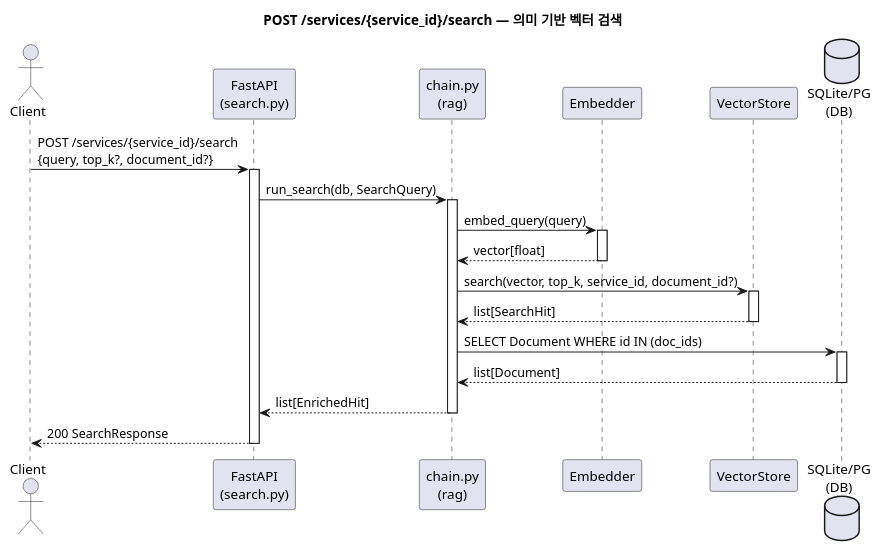
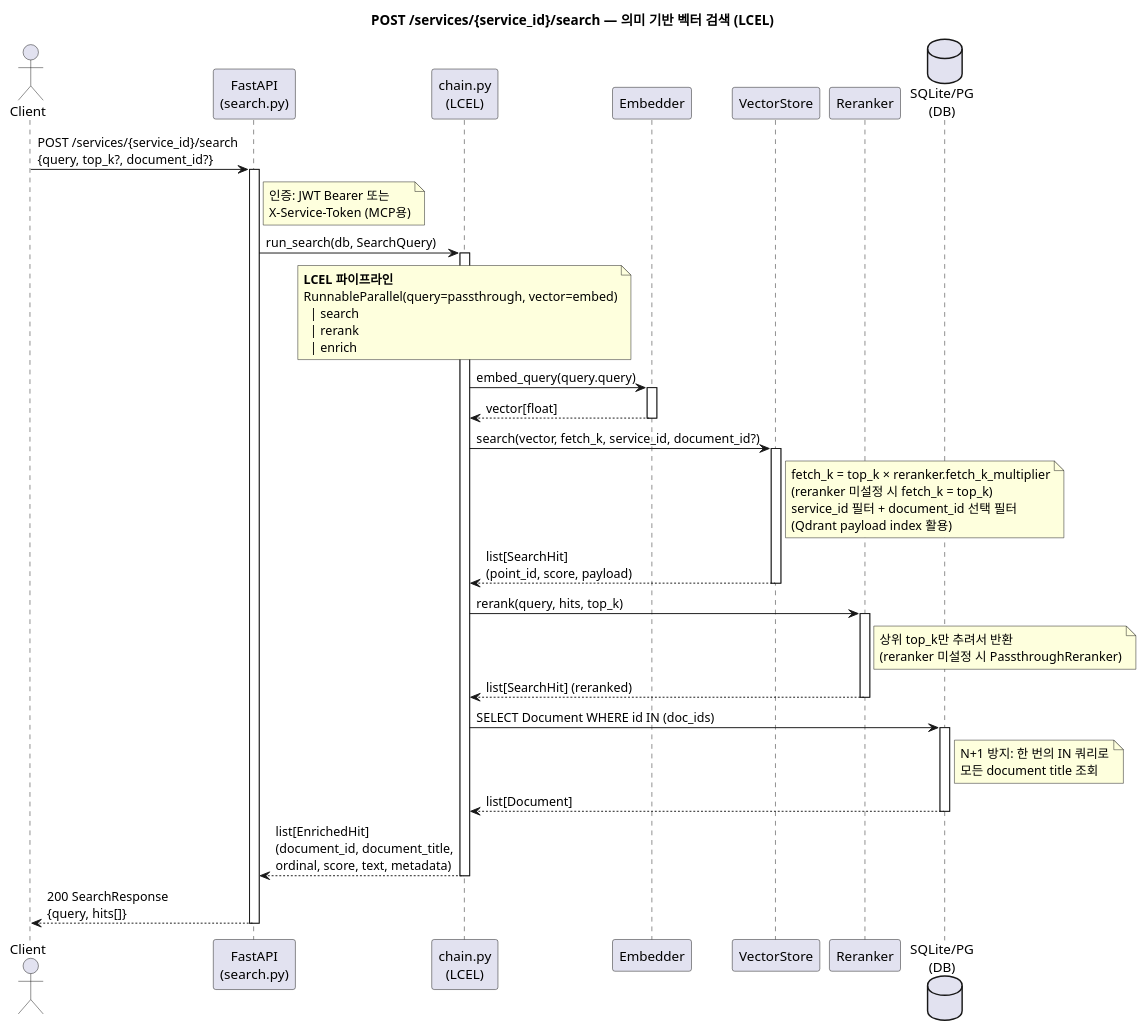
One commit to sigmoidx0/ragkit changed the fourth of 5 diagrams in docs/diagrams/all.puml. Above: the diagram before and after it, drawn with PlantUML. The commit also changed other lines of this file and 36 other files, not shown here.

```diff
--- a/docs/diagrams/all.puml
+++ b/docs/diagrams/all.puml
@@ -198,40 +243,72 @@
 @startuml Search
 
-title POST /services/{service_id}/search — 의미 기반 벡터 검색
+title POST /services/{service_id}/search — 의미 기반 벡터 검색 (LCEL)
 
 actor Client
 participant "FastAPI\n(search.py)" as API
-participant "chain.py\n(rag)" as CHAIN
+participant "chain.py\n(LCEL)" as CHAIN
 participant "Embedder" as EMB
 participant "VectorStore" as QD
+participant "Reranker" as RNK
 database "SQLite/PG\n(DB)" as DB
 
 Client -> API : POST /services/{service_id}/search\n{query, top_k?, document_id?}
+note right of API
+  인증: JWT Bearer 또는
+  X-Service-Token (MCP용)
+end note
 activate API
 
 API -> CHAIN : run_search(db, SearchQuery)
 activate CHAIN
 
-CHAIN -> EMB : embed_query(query)
+note over CHAIN
+  **LCEL 파이프라인**
+  RunnableParallel(query=passthrough, vector=embed)
+    | search
+    | rerank
+    | enrich
+end note
+
+CHAIN -> EMB : embed_query(query.query)
 activate EMB
 EMB --> CHAIN : vector[float]
 deactivate EMB
 
-CHAIN -> QD : search(vector, top_k, service_id, document_id?)
+CHAIN -> QD : search(vector, fetch_k, service_id, document_id?)
 activate QD
-QD --> CHAIN : list[SearchHit]
+note right of QD
+  fetch_k = top_k × reranker.fetch_k_multiplier
+  (reranker 미설정 시 fetch_k = top_k)
+  service_id 필터 + document_id 선택 필터
+  (Qdrant payload index 활용)
+end note
+QD --> CHAIN : list[SearchHit]\n(point_id, score, payload)
 deactivate QD
+
+CHAIN -> RNK : rerank(query, hits, top_k)
+activate RNK
+note right of RNK
+  상위 top_k만 추려서 반환
+  (reranker 미설정 시 PassthroughReranker)
+end note
+RNK --> CHAIN : list[SearchHit] (reranked)
+deactivate RNK
 
 CHAIN -> DB : SELECT Document WHERE id IN (doc_ids)
 activate DB
+note right of DB
+  N+1 방지: 한 번의 IN 쿼리로
+  모든 document title 조회
+end note
 DB --> CHAIN : list[Document]
 deactivate DB
 
-CHAIN --> API : list[EnrichedHit]
+CHAIN --> API : list[EnrichedHit]\n(document_id, document_title,\nordinal, score, text, metadata)
 deactivate CHAIN
 
-API --> Client : 200 SearchResponse
+API --> Client : 200 SearchResponse\n{query, hits[]}
 
 deactivate API
 
 @enduml
```
